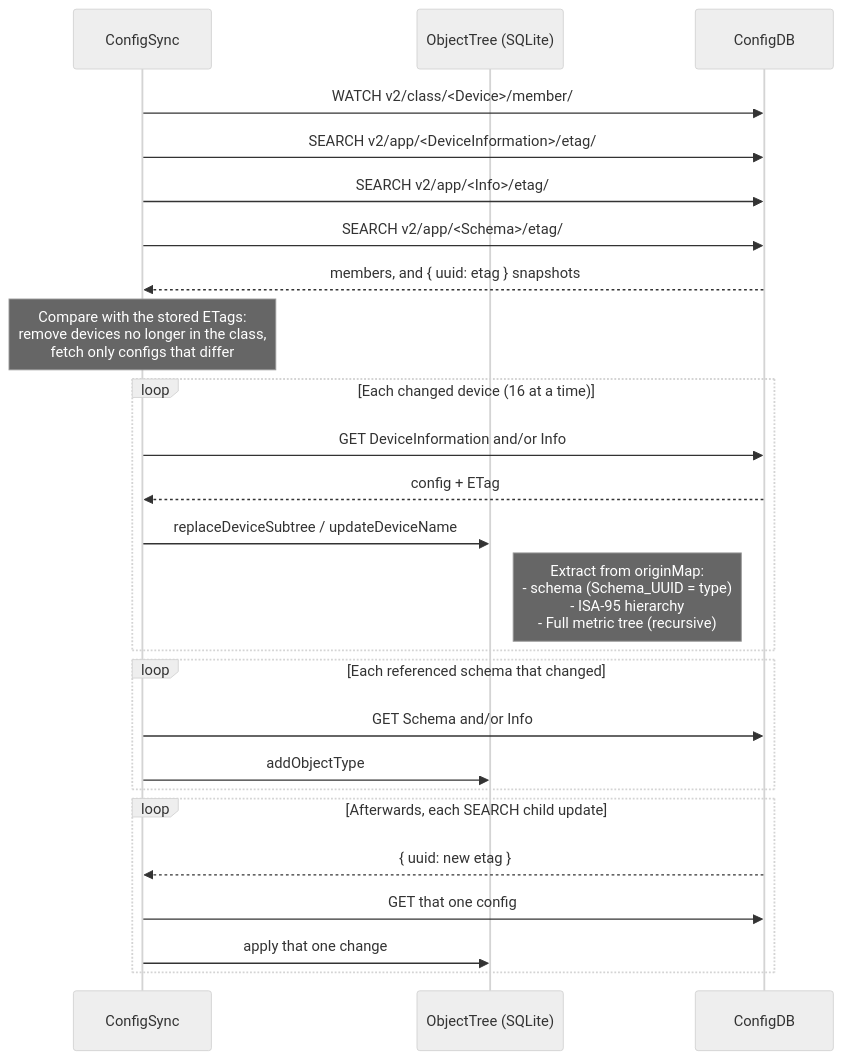
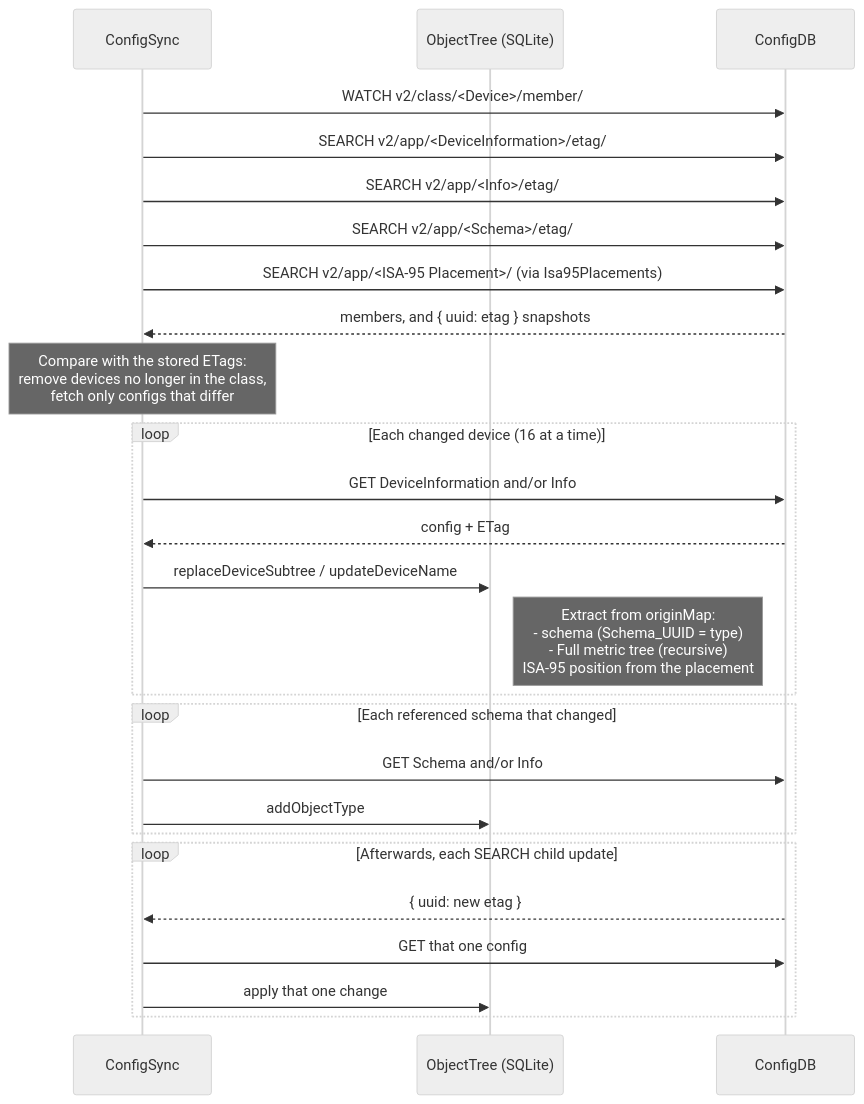
One commit to AMRC-FactoryPlus/amrc-connectivity-stack changed the second of 5 diagrams in acs-i3x/docs/architecture.md. Above: the diagram before and after it, drawn with Mermaid (neutral theme). The commit also changed 23 other files, not shown here.

````diff
--- a/acs-i3x/docs/architecture.md
+++ b/acs-i3x/docs/architecture.md
@@ -34,32 +34,33 @@
 ```mermaid
 sequenceDiagram
     participant CS as ConfigSync
     participant OT as ObjectTree (SQLite)
     participant CDB as ConfigDB
 
     CS->>CDB: WATCH v2/class/<Device>/member/
     CS->>CDB: SEARCH v2/app/<DeviceInformation>/etag/
     CS->>CDB: SEARCH v2/app/<Info>/etag/
     CS->>CDB: SEARCH v2/app/<Schema>/etag/
+    CS->>CDB: SEARCH v2/app/<ISA-95 Placement>/ (via Isa95Placements)
     CDB-->>CS: members, and { uuid: etag } snapshots
 
     Note over CS: Compare with the stored ETags:<br/>remove devices no longer in the class,<br/>fetch only configs that differ
 
     loop Each changed device (16 at a time)
         CS->>CDB: GET DeviceInformation and/or Info
         CDB-->>CS: config + ETag
         CS->>OT: replaceDeviceSubtree / updateDeviceName
-        Note right of OT: Extract from originMap:<br/>- schema (Schema_UUID = type)<br/>- ISA-95 hierarchy<br/>- Full metric tree (recursive)
+        Note right of OT: Extract from originMap:<br/>- schema (Schema_UUID = type)<br/>- Full metric tree (recursive)<br/>ISA-95 position from the placement
     end
 
     loop Each referenced schema that changed
         CS->>CDB: GET Schema and/or Info
         CS->>OT: addObjectType
     end
 
     loop Afterwards, each SEARCH child update
         CDB-->>CS: { uuid: new etag }
         CS->>CDB: GET that one config
         CS->>OT: apply that one change
     end
 ```
````
